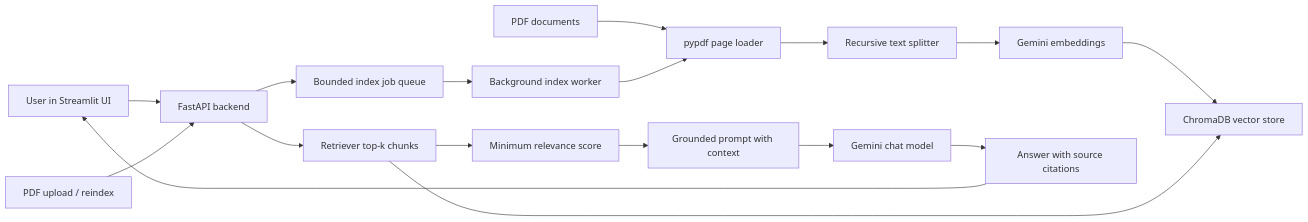
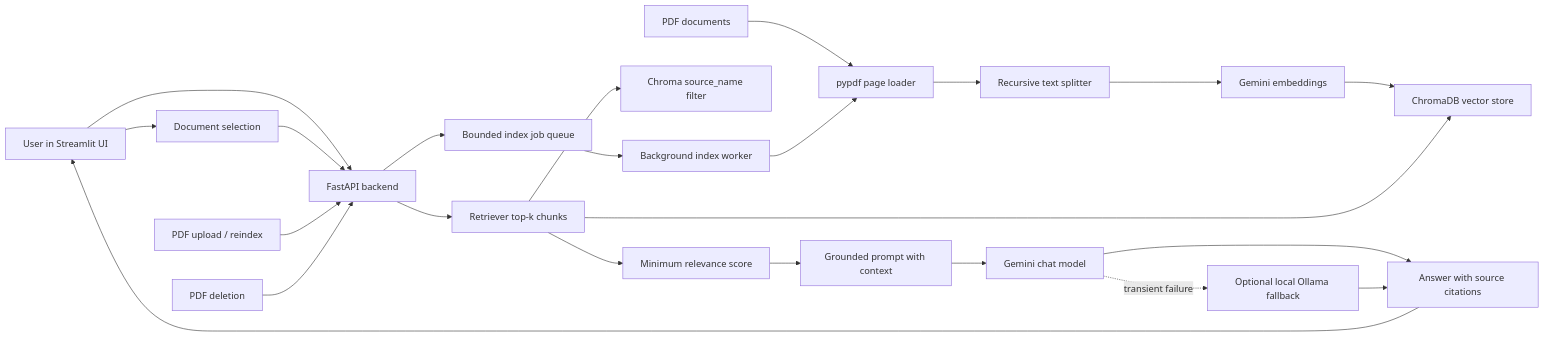
One commit to idevelopAI/genai-knowledge-base changed the diagram in README.md. Above: the diagram before and after it, drawn with Mermaid. The commit also changed other lines of this file and 11 other files, not shown here.

Commit message:
Add document controls and local provider fallback

````diff
--- a/README.md
+++ b/README.md
@@ -26,21 +26,27 @@
 ```mermaid
 flowchart LR
     PDFs["PDF documents"] --> Loader["pypdf page loader"]
     Loader --> Splitter["Recursive text splitter"]
     Splitter --> Embeddings["Gemini embeddings"]
     Embeddings --> Chroma["ChromaDB vector store"]
 
     User["User in Streamlit UI"] --> API["FastAPI backend"]
+    User --> Selection["Document selection"]
+    Selection --> API
     API --> Retriever["Retriever top-k chunks"]
     Retriever --> Chroma
+    Retriever --> Metadata["Chroma source_name filter"]
     Retriever --> Filter["Minimum relevance score"]
     Filter --> Prompt["Grounded prompt with context"]
     Prompt --> LLM["Gemini chat model"]
+    LLM -. transient failure .-> Ollama["Optional local Ollama fallback"]
     LLM --> Answer["Answer with source citations"]
+    Ollama --> Answer
     Answer --> User
 
     Upload["PDF upload / reindex"] --> API
+    Delete["PDF deletion"] --> API
     API --> Jobs["Bounded index job queue"]
     Jobs --> Worker["Background index worker"]
     Worker --> Loader
 ```
````
